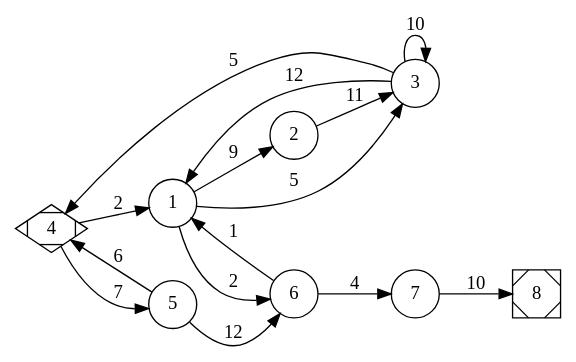
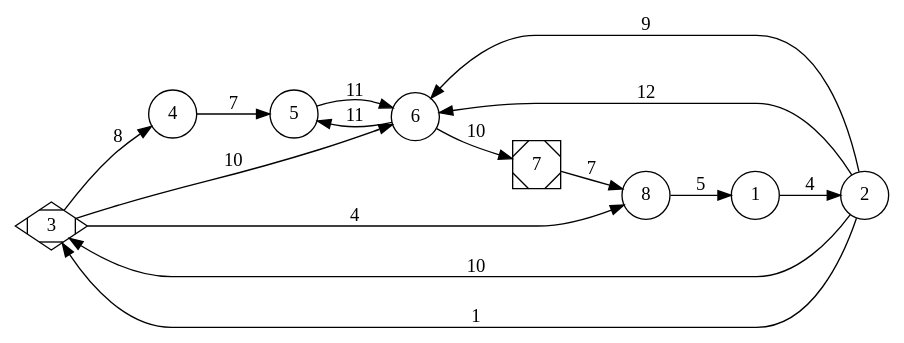
The diagram in Zaj10/graph.dot (MikolajNoga/NAI), drawn with Graphviz before and after one commit. The commit also changed 2 other files, not shown here.

```diff
--- a/Zaj10/graph.dot
+++ b/Zaj10/graph.dot
@@ -1,20 +1,20 @@
 digraph path_graph {
  	rankdir=LR; 
 	node [shape = circle];
-	4 [shape=Mdiamond];
-	8 [shape=Msquare];
-	1 -> 2 [ label = "9" ];
-	2 -> 3 [ label = "11" ];
-	3 -> 4 [ label = "5" ];
+	3 [shape=Mdiamond];
+	7 [shape=Msquare];
+	1 -> 2 [ label = "4" ];
+	2 -> 3 [ label = "10" ];
+	3 -> 4 [ label = "8" ];
 	4 -> 5 [ label = "7" ];
-	5 -> 6 [ label = "12" ];
-	6 -> 7 [ label = "4" ];
-	7 -> 8 [ label = "10" ];
-	4 -> 1 [ label = "2" ];
-	3 -> 1 [ label = "12" ];
-	5 -> 4 [ label = "6" ];
-	1 -> 6 [ label = "2" ];
-	1 -> 3 [ label = "5" ];
-	3 -> 3 [ label = "10" ];
-	6 -> 1 [ label = "1" ];
+	5 -> 6 [ label = "11" ];
+	6 -> 7 [ label = "10" ];
+	7 -> 8 [ label = "7" ];
+	6 -> 5 [ label = "11" ];
+	3 -> 8 [ label = "4" ];
+	2 -> 6 [ label = "9" ];
+	2 -> 6 [ label = "12" ];
+	3 -> 6 [ label = "10" ];
+	8 -> 1 [ label = "5" ];
+	2 -> 3 [ label = "1" ];
 }
```
